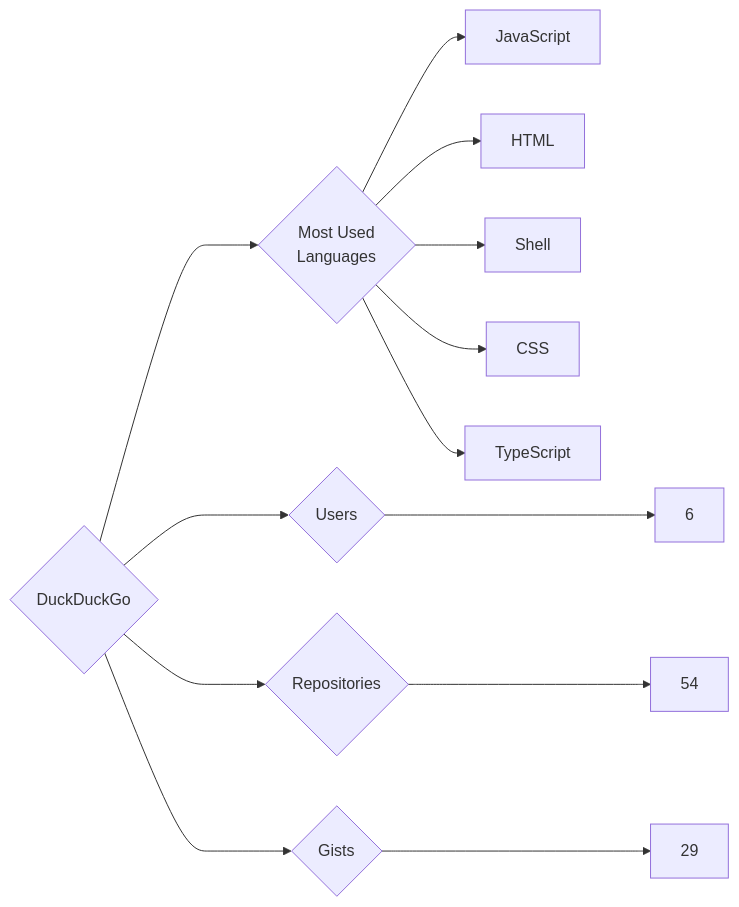
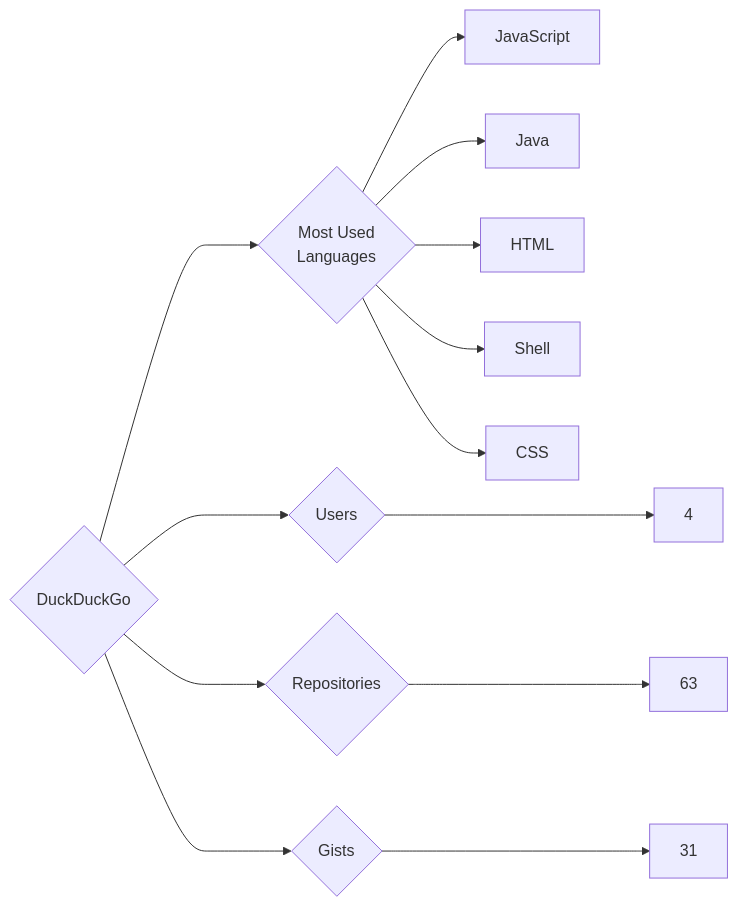
One commit to trickest/insiders changed the diagram in targets/DuckDuckGo/README.md. Above: the diagram before and after it, drawn with Mermaid. The commit also changed 1078 other files, not shown here.

````diff
--- a/targets/DuckDuckGo/README.md
+++ b/targets/DuckDuckGo/README.md
@@ -3,13 +3,13 @@
 ```mermaid
 graph LR
 COMPANY_NAME{DuckDuckGo}
-COMPANY_NAME ---> U{Users} ---> UN[6]
-COMPANY_NAME ---> R{Repositories} ---> RN[54]
-COMPANY_NAME ---> G{Gists} ---> GN[29]
+COMPANY_NAME ---> U{Users} ---> UN[4]
+COMPANY_NAME ---> R{Repositories} ---> RN[63]
+COMPANY_NAME ---> G{Gists} ---> GN[31]
 COMPANY_NAME ---> ML{Most Used<br>Languages}
 ML --> JavaScript[JavaScript]
+ML --> Java[Java]
 ML --> HTML[HTML]
 ML --> Shell[Shell]
 ML --> CSS[CSS]
-ML --> TypeScript[TypeScript]
 ```
````
